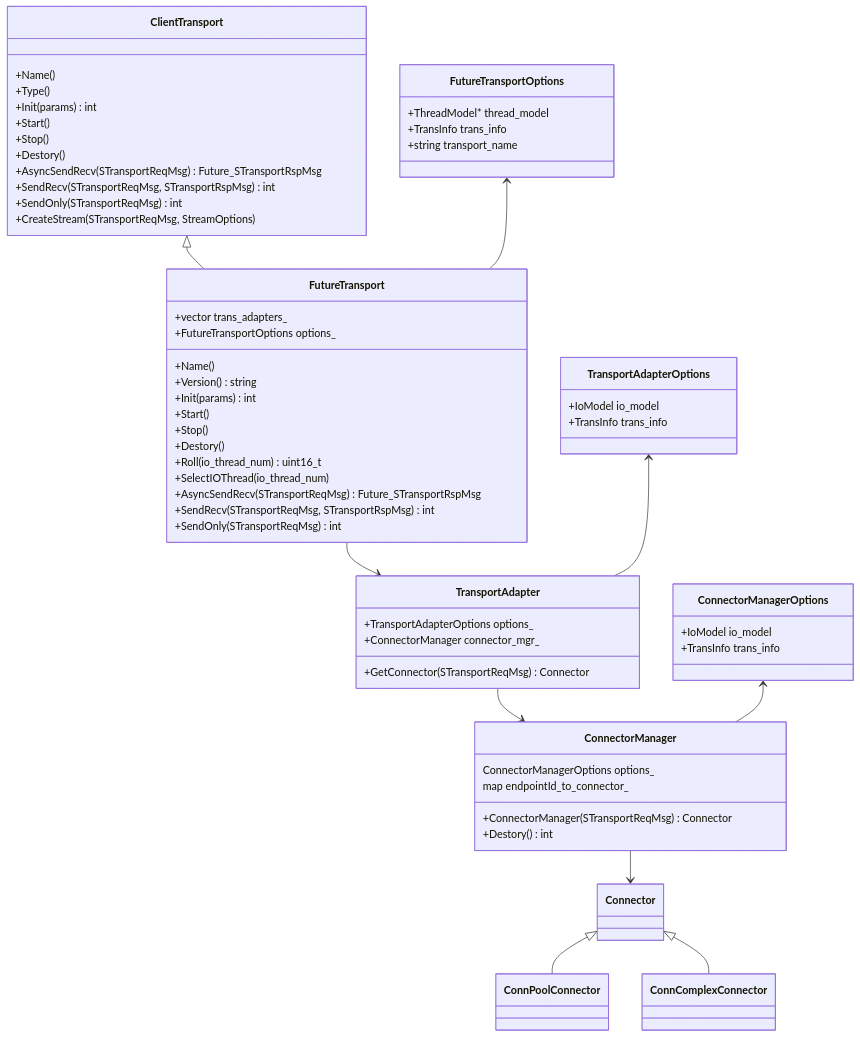
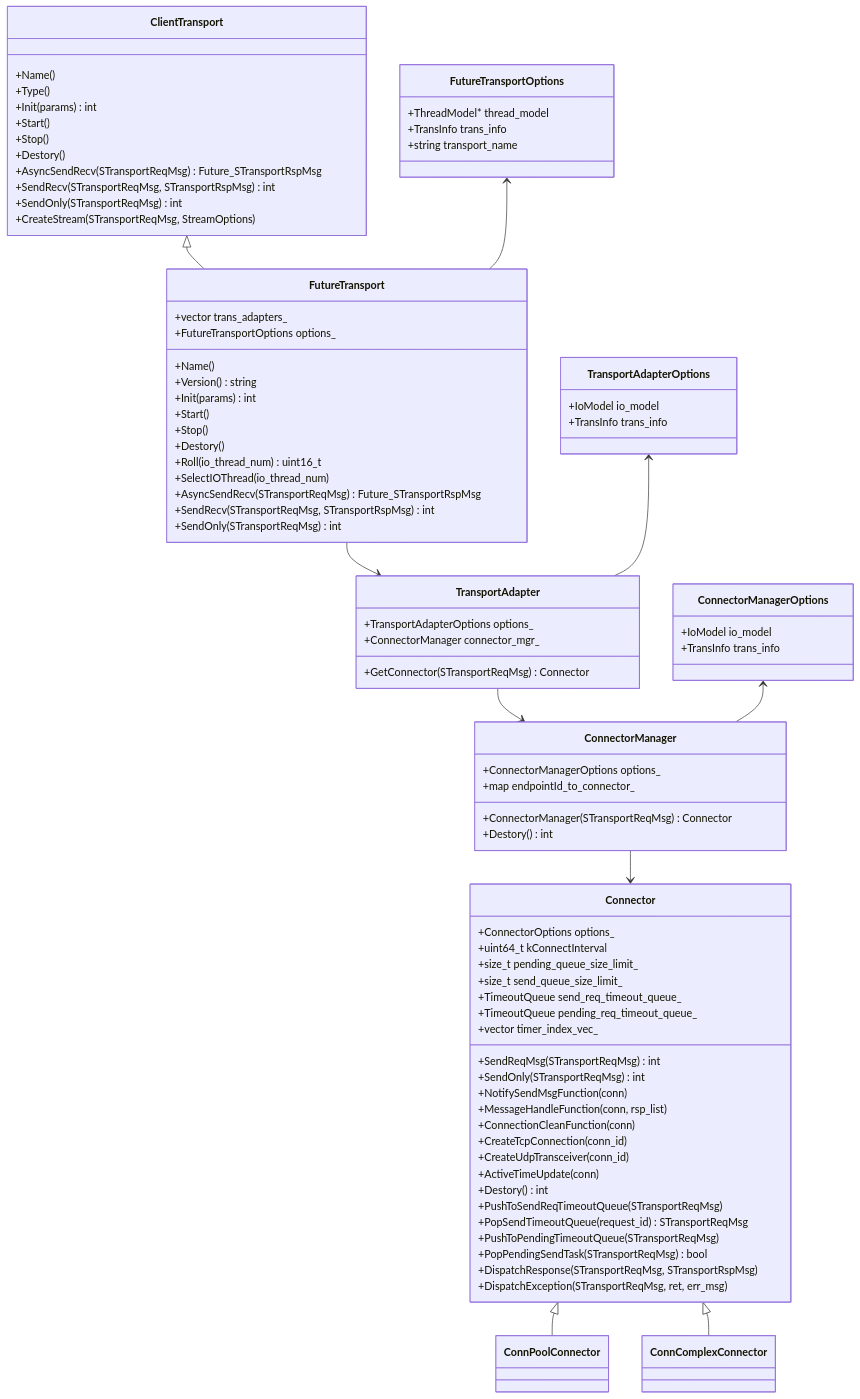
The diagram in posts/xrpc/xrpc-transport/client-transport.md (lsj9383/blog), drawn with Mermaid before and after one commit. The commit also changed other lines of this file, not shown here.

```diff
--- a/posts/xrpc/xrpc-transport/client-transport.md
+++ b/posts/xrpc/xrpc-transport/client-transport.md
@@ -95,8 +95,8 @@
 }
 
 class ConnectorManager {
-  ConnectorManagerOptions options_
-  map<std::string, Connector*> endpointId_to_connector_
+  +ConnectorManagerOptions options_
+  +map<std::string, Connector*> endpointId_to_connector_
   +ConnectorManager(STransportReqMsg) Connector
   +Destory() int
 }
@@ -107,7 +107,29 @@
 }
 
 class Connector {
-  
+  +ConnectorOptions options_
+  +uint64_t kConnectInterval
+  +size_t pending_queue_size_limit_
+  +size_t send_queue_size_limit_
+  +TimeoutQueue send_req_timeout_queue_
+  +TimeoutQueue pending_req_timeout_queue_
+  +vector<uint32_t> timer_index_vec_
+  +SendReqMsg(STransportReqMsg) int
+  +SendOnly(STransportReqMsg) int
+  +NotifySendMsgFunction(conn)
+  +MessageHandleFunction(conn, rsp_list)
+  +ConnectionCleanFunction(conn)
+  +CreateTcpConnection(conn_id)
+  +CreateUdpTransceiver(conn_id)
+  +ActiveTimeUpdate(conn)
+  +Destory() int
+  +PushToSendReqTimeoutQueue(STransportReqMsg)
+  +PopSendTimeoutQueue(request_id) STransportReqMsg
+  +PushToPendingTimeoutQueue(STransportReqMsg)
+  +PopPendingSendTask(STransportReqMsg) bool
+  +DispatchResponse(STransportReqMsg, STransportRspMsg)
+  +DispatchException(STransportReqMsg, ret, err_msg)
+
 }
 
 class ConnPoolConnector {
```
